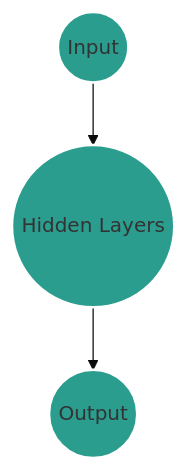
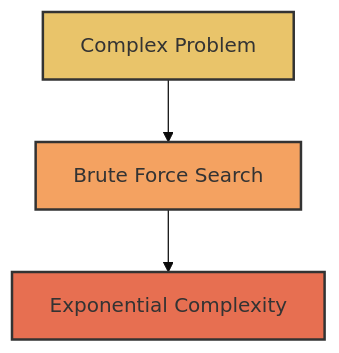
One commit to automenta/senars8 changed the first of 5 diagrams in docs/slides.md. Above: the diagram before and after it, drawn with Mermaid (base theme). The commit also changed other lines of this file and 6 other files, not shown here.

````diff
--- a/docs/slides.md
+++ b/docs/slides.md
@@ -33,8 +55,8 @@
 ```mermaid
 graph TD
-    A((Input)) --> B((Hidden Layers));
-    B --> C((Output));
-    style A fill:#2a9d8f,stroke:#fff,stroke-width:2px
-    style B fill:#2a9d8f,stroke:#fff,stroke-width:2px
-    style C fill:#2a9d8f,stroke:#fff,stroke-width:2px
+    A[Complex Problem] --> B[Brute Force Search];
+    B --> C[Exponential Complexity];
+    style A fill:#e9c46a,stroke:#333,stroke-width:2px
+    style B fill:#f4a261,stroke:#333,stroke-width:2px
+    style C fill:#e76f51,stroke:#333,stroke-width:2px
 ```
````
